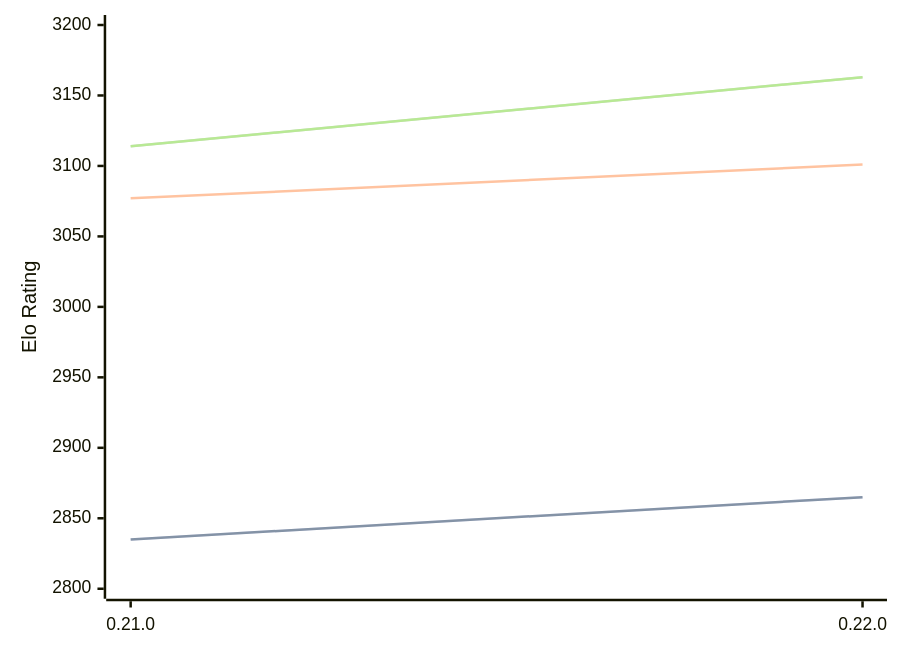
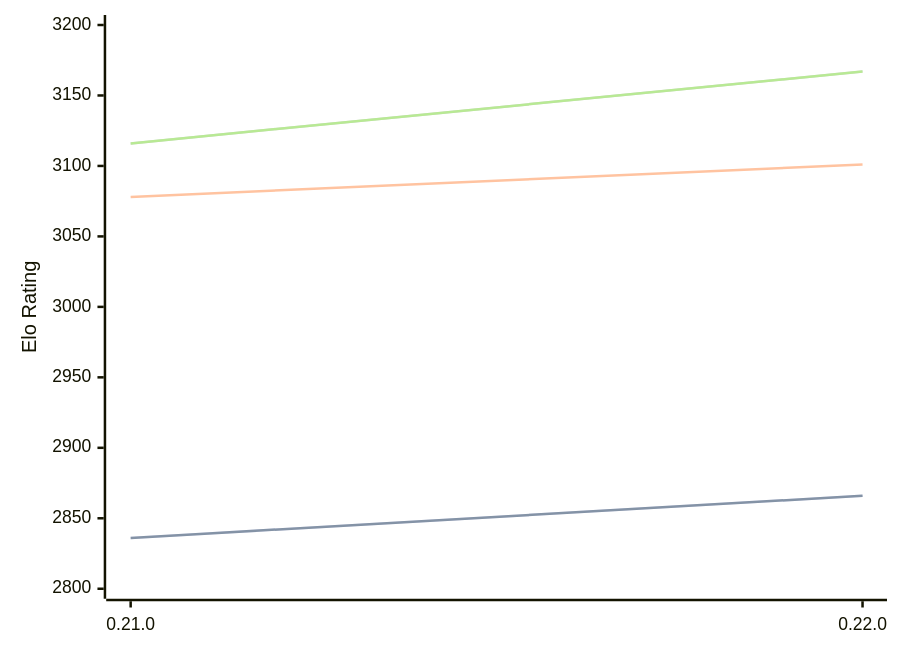
Before and after one commit to computer-chess-index/cci: the diagram in engines/Princhess.md, drawn with Mermaid. The commit also changed other lines of this file, not shown here.

Commit message:
Update CCI Ratings (ELO VLTC) - 2026-09-01

````diff
--- a/engines/Princhess.md
+++ b/engines/Princhess.md
@@ -32,11 +32,11 @@
 ```mermaid
 %%{init: {"theme":"base","themeVariables":{"seriesColors:['#a3a3a3','#222221','#faa371']}}}%%
 xychart-beta
   x-axis ["0.21.0", "0.22.0"]
   y-axis "Elo Rating" 2800 --> 3200
-  line "" [2835, 2865]
-  line "STC (8.0+0.08s)" [2835, 2865]
-  line "LTC (60.0+0.60s)" [3077, 3101]
-  line "" [3114, 3163]
-  line "VLTC (2m24s+1.12s)" [3114, 3163]
+  line "" [2836, 2866]
+  line "STC (8.0+0.08s)" [2836, 2866]
+  line "LTC (60.0+0.60s)" [3078, 3101]
+  line "" [3116, 3167]
+  line "VLTC (2m24s+1.12s)" [3116, 3167]
 ```
````
